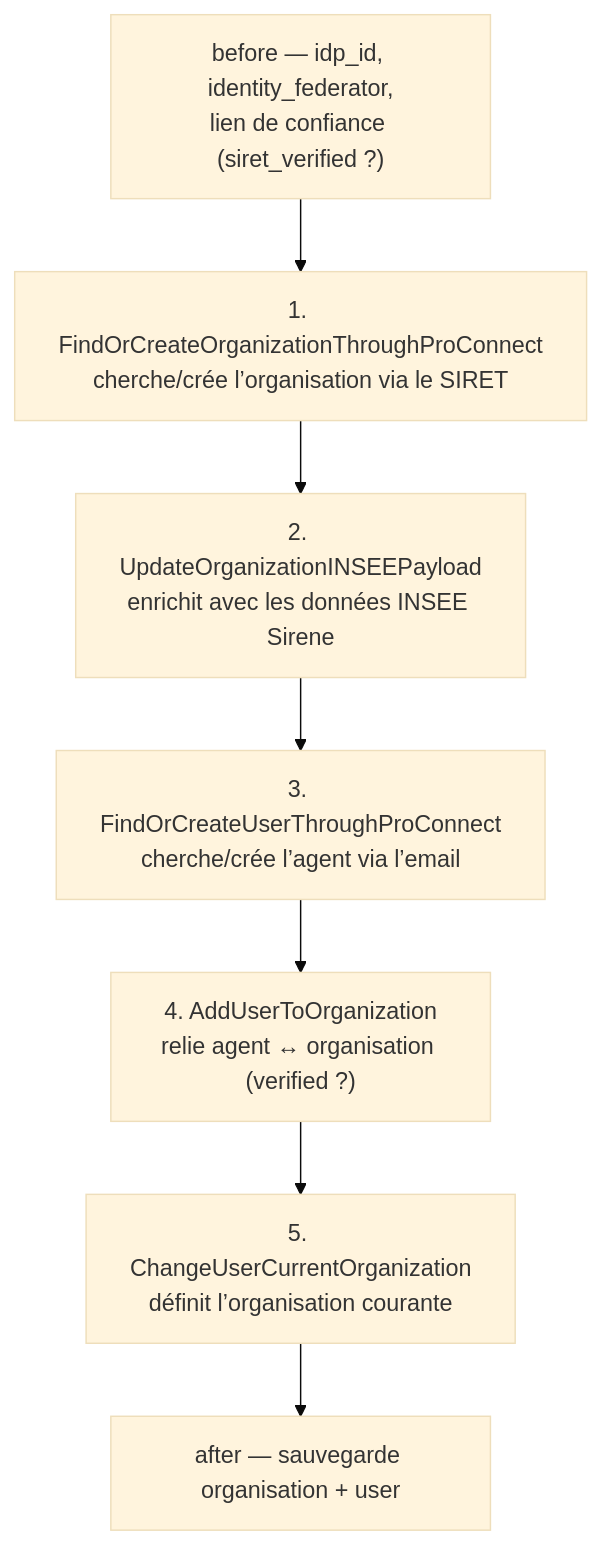
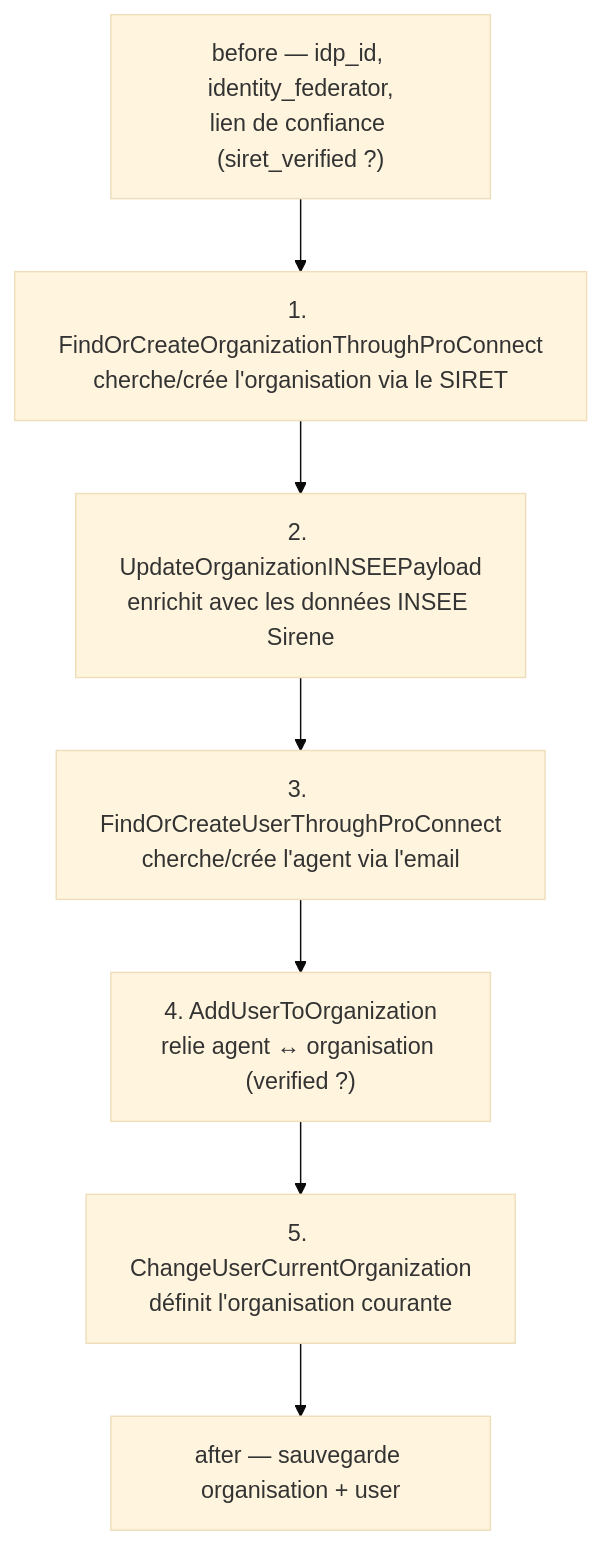
Before and after one commit to etalab/data_pass: the third of 5 diagrams in docs/technique/authentification_proconnect.md, drawn with Mermaid (base theme). The commit also changed other lines of this file and 6 other files, not shown here.

````diff
--- a/docs/technique/authentification_proconnect.md
+++ b/docs/technique/authentification_proconnect.md
@@ -113,10 +112,10 @@
 ```mermaid
 flowchart TD
     B["before — idp_id, identity_federator,<br/>lien de confiance (siret_verified ?)"]
-    B --> S1["1. FindOrCreateOrganizationThroughProConnect<br/>cherche/crée l’organisation via le SIRET"]
+    B --> S1["1. FindOrCreateOrganizationThroughProConnect<br/>cherche/crée l'organisation via le SIRET"]
     S1 --> S2["2. UpdateOrganizationINSEEPayload<br/>enrichit avec les données INSEE Sirene"]
-    S2 --> S3["3. FindOrCreateUserThroughProConnect<br/>cherche/crée l’agent via l’email"]
+    S2 --> S3["3. FindOrCreateUserThroughProConnect<br/>cherche/crée l'agent via l'email"]
     S3 --> S4["4. AddUserToOrganization<br/>relie agent ↔ organisation (verified ?)"]
-    S4 --> S5["5. ChangeUserCurrentOrganization<br/>définit l’organisation courante"]
+    S4 --> S5["5. ChangeUserCurrentOrganization<br/>définit l'organisation courante"]
     S5 --> A["after — sauvegarde organisation + user"]
 ```
````
